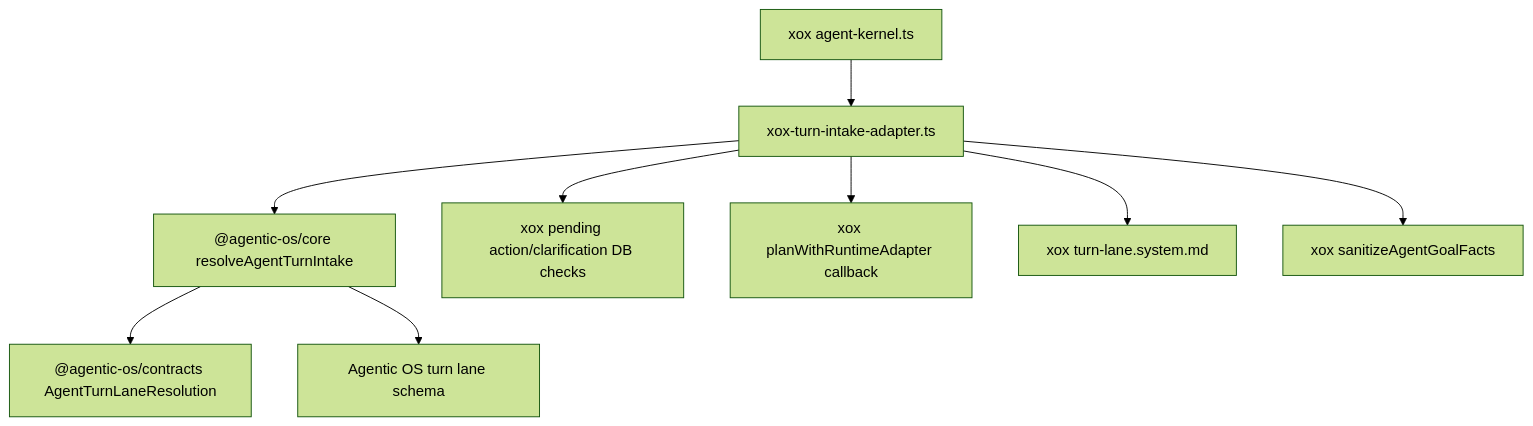
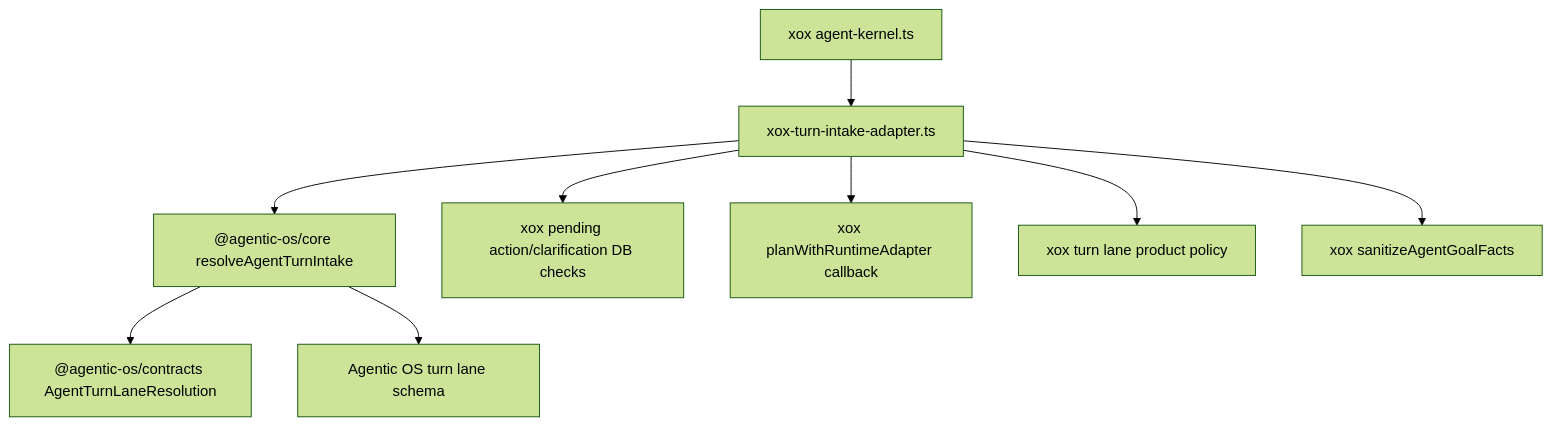
Before and after one commit to Suysker/xox-model: the diagram in docs/agentic-os-integration/m111-turn-intake-core.md, drawn with Mermaid (forest theme). The commit also changed other lines of this file and 10 other files, not shown here.

````diff
--- a/docs/agentic-os-integration/m111-turn-intake-core.md
+++ b/docs/agentic-os-integration/m111-turn-intake-core.md
@@ -38,11 +39,11 @@
 ```mermaid
 flowchart TD
     Kernel["xox agent-kernel.ts"] --> Adapter["xox-turn-intake-adapter.ts"]
     Adapter --> Intake["@agentic-os/core resolveAgentTurnIntake"]
     Intake --> Contract["@agentic-os/contracts AgentTurnLaneResolution"]
     Intake --> Schema["Agentic OS turn lane schema"]
     Adapter --> PendingDb["xox pending action/clarification DB checks"]
     Adapter --> Runtime["xox planWithRuntimeAdapter callback"]
-    Adapter --> Prompt["xox turn-lane.system.md"]
+    Adapter --> Prompt["xox turn lane product policy"]
     Adapter --> GoalFacts["xox sanitizeAgentGoalFacts"]
 ```
````
